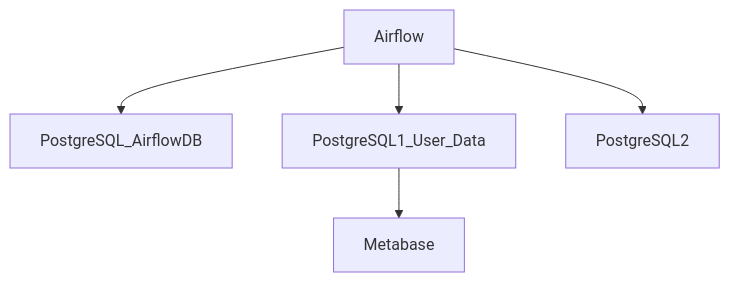
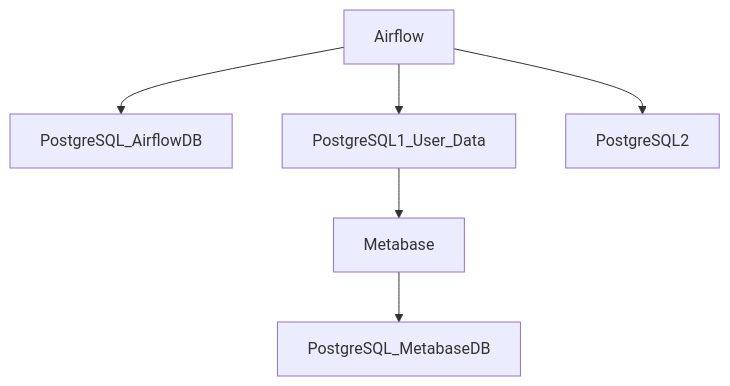
Before and after one commit to augsmachado/airflow-data-generator: the diagram in README.md, drawn with Mermaid. The commit also changed other lines of this file, not shown here.

Commit message:
Update README.md to enhance DAG descriptions and Metabase connection details

````diff
--- a/README.md
+++ b/README.md
@@ -23,7 +23,8 @@
 ```mermaid
 graph TD;
     Airflow --> PostgreSQL_AirflowDB;
     Airflow --> PostgreSQL1_User_Data;
     Airflow --> PostgreSQL2;
-    PostgreSQL1_User_Data  --> Metabase;
+    PostgreSQL1_User_Data  --> Metabase
+    Metabase --> PostgreSQL_MetabaseDB;
 ```
````
